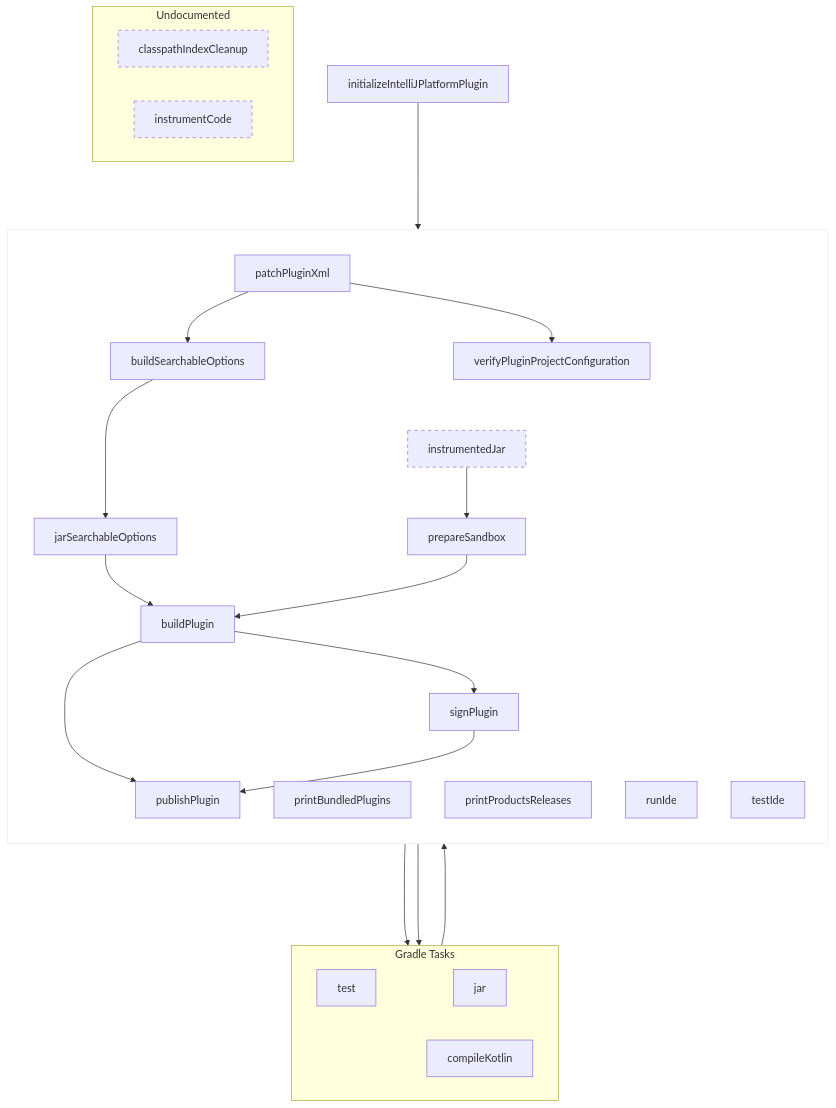
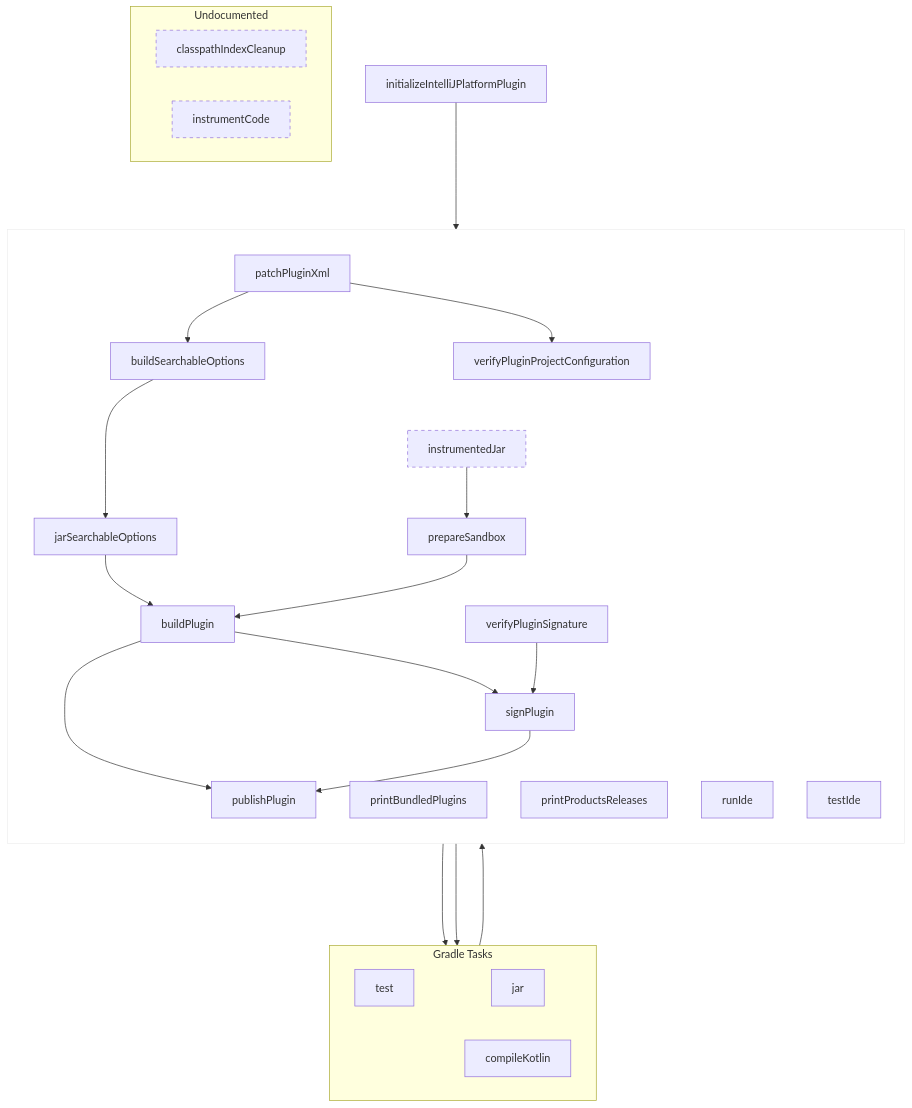
Before and after one commit to JetBrains/intellij-sdk-docs: the diagram in topics/appendix/tools/intellij_platform_gradle_plugin/tools_intellij_platform_gradle_plugin_tasks.md, drawn with Mermaid. The commit also changed other lines of this file, not shown here.

Commit message:
IntelliJ Platform Gradle Plugin: `verifyPluginSignature` task

````diff
--- a/topics/appendix/tools/intellij_platform_gradle_plugin/tools_intellij_platform_gradle_plugin_tasks.md
+++ b/topics/appendix/tools/intellij_platform_gradle_plugin/tools_intellij_platform_gradle_plugin_tasks.md
@@ -15,72 +15,75 @@
 ```mermaid
 flowchart TB
     subgraph GRADLE ["Gradle Tasks"]
         direction LR
 
         test
         jar
         compileKotlin
     end
 
     subgraph ALL ["` `"]
         direction TB
 
         buildPlugin
         buildSearchableOptions
         jarSearchableOptions
         patchPluginXml
         prepareSandbox
         printBundledPlugins
         printProductsReleases
         publishPlugin
         runIde
         signPlugin
         testIde
         verifyPluginProjectConfiguration
+        verifyPluginSignature
 
         jarSearchableOptions & prepareSandbox --> buildPlugin
         patchPluginXml --> buildSearchableOptions
         buildSearchableOptions --> jarSearchableOptions
         jar & instrumentedJar --> prepareSandbox
         buildPlugin & signPlugin --> publishPlugin
         buildPlugin --> signPlugin
         patchPluginXml --> verifyPluginProjectConfiguration
         verifyPluginProjectConfiguration ----> test & compileKotlin
+        verifyPluginSignature --> signPlugin
     end
 
     initializeIntelliJPlatformPlugin ---> ALL
 
     subgraph Undocumented
         classpathIndexCleanup
         instrumentCode
         instrumentedJar
     end
 
 
     test ~~~ jar
     buildSearchableOptions ~~~ instrumentedJar
     ALL ~~~ GRADLE
 
     click buildPlugin "#buildPlugin"
     click buildSearchableOptions "#buildSearchableOptions"
     click classpathIndexCleanup "#classpathIndexCleanup"
     click initializeIntelliJPlatformPlugin "#initializeIntelliJPlatformPlugin"
     click instrumentCode "#instrumentCode"
     click instrumentedJar "#instrumentedJar"
     click jarSearchableOptions "#jarSearchableOptions"
     click patchPluginXml "#patchPluginXml"
     click prepareSandbox "#prepareSandbox"
     click printBundledPlugins "#printBundledPlugins"
     click printProductsReleases "#printProductsReleases"
     click publishPlugin "#publishPlugin"
     click runIde "#runIde"
     click signPlugin "#signPlugin"
     click testIde "#testIde"
     click verifyPluginProjectConfiguration "#verifyPluginProjectConfiguration"
+    click verifyPluginSignature "#verifyPluginSignature"
 
     style classpathIndexCleanup stroke-dasharray: 5 5
     style instrumentCode stroke-dasharray: 5 5
     style instrumentedJar stroke-dasharray: 5 5
 
     style ALL fill:transparent,stroke:#eee
 ```
````
